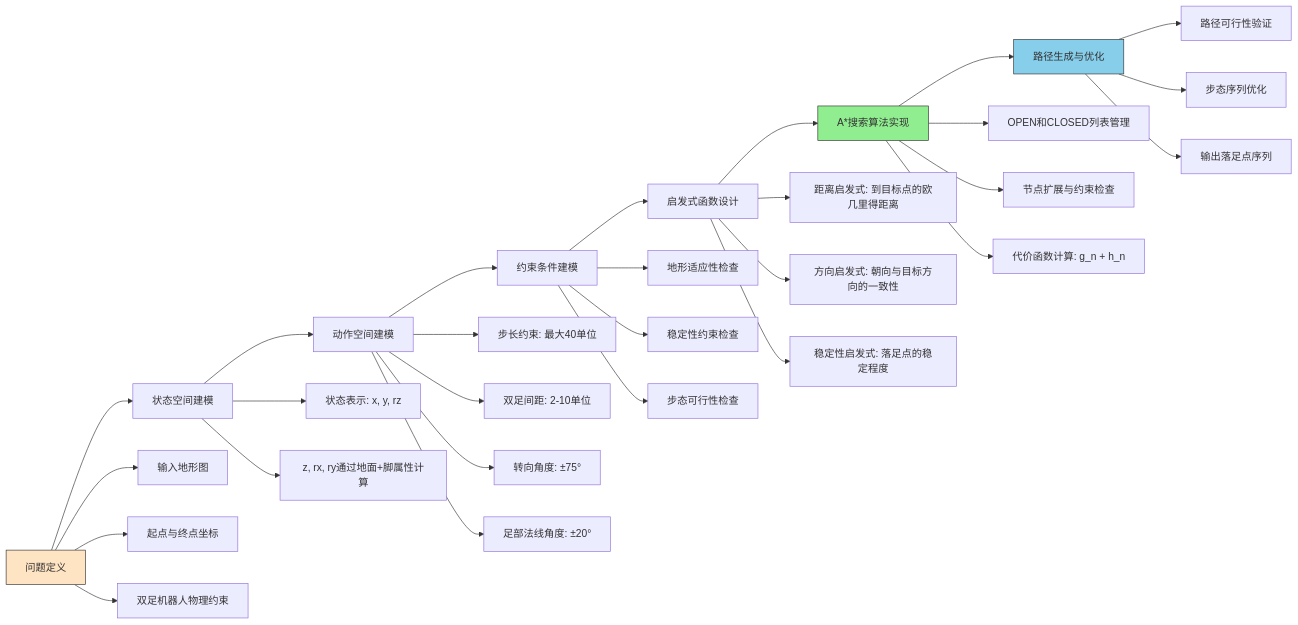
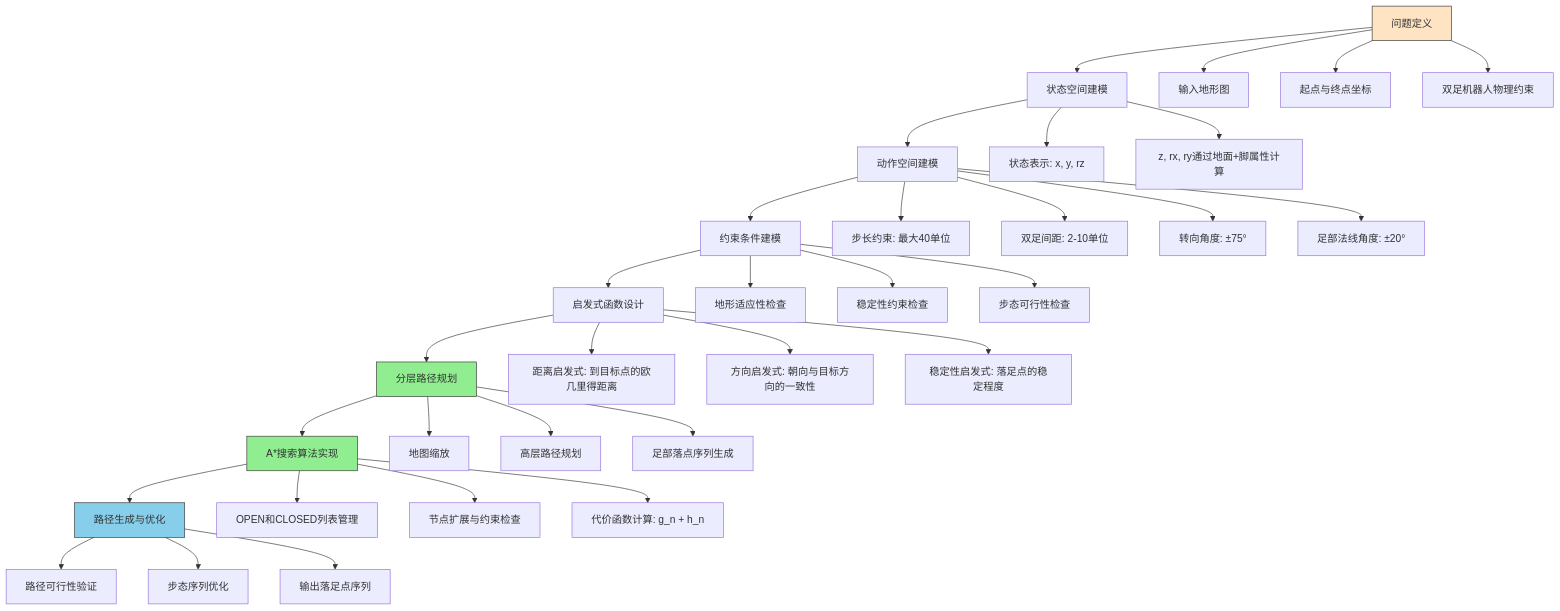
The diagram in doc/problem_flow.md (vesita/trapla), drawn with Mermaid before and after one commit. The commit also changed other lines of this file and 25 other files, not shown here.

````diff
--- a/doc/problem_flow.md
+++ b/doc/problem_flow.md
@@ -5,41 +5,47 @@
 ```mermaid
-graph LR
+graph TD
     A[问题定义] --> B[状态空间建模]
     B --> C[动作空间建模]
     C --> D[约束条件建模]
     D --> E[启发式函数设计]
-    E --> F[A*搜索算法实现]
-    F --> G[路径生成与优化]
+    E --> F1[分层路径规划]
+    F1 --> F2[A*搜索算法实现]
+    F2 --> G[路径生成与优化]
     
     A --> A1[输入地形图]
     A --> A2[起点与终点坐标]
     A --> A3[双足机器人物理约束]
     
     B --> B1[状态表示: x, y, rz]
     B --> B2[z, rx, ry通过地面+脚属性计算]
     
     C --> C1[步长约束: 最大40单位]
     C --> C2[双足间距: 2-10单位]
     C --> C3[转向角度: ±75°]
     C --> C4[足部法线角度: ±20°]
     
     D --> D1[地形适应性检查]
     D --> D2[稳定性约束检查]
     D --> D3[步态可行性检查]
     
     E --> E1[距离启发式: 到目标点的欧几里得距离]
     E --> E2[方向启发式: 朝向与目标方向的一致性]
     E --> E3[稳定性启发式: 落足点的稳定程度]
     
-    F --> F1[OPEN和CLOSED列表管理]
-    F --> F2[节点扩展与约束检查]
-    F --> F3[代价函数计算: g_n + h_n]
+    F1 --> F11[地图缩放]
+    F1 --> F12[高层路径规划]
+    F1 --> F13[足部落点序列生成]
+    
+    F2 --> F21[OPEN和CLOSED列表管理]
+    F2 --> F22[节点扩展与约束检查]
+    F2 --> F23[代价函数计算: g_n + h_n]
     
     G --> G1[路径可行性验证]
     G --> G2[步态序列优化]
     G --> G3[输出落足点序列]
     
     style A fill:#ffe4c4,stroke:#333
-    style F fill:#90ee90,stroke:#333
+    style F1 fill:#90ee90,stroke:#333
+    style F2 fill:#90ee90,stroke:#333
     style G fill:#87ceeb,stroke:#333
 ```
````
